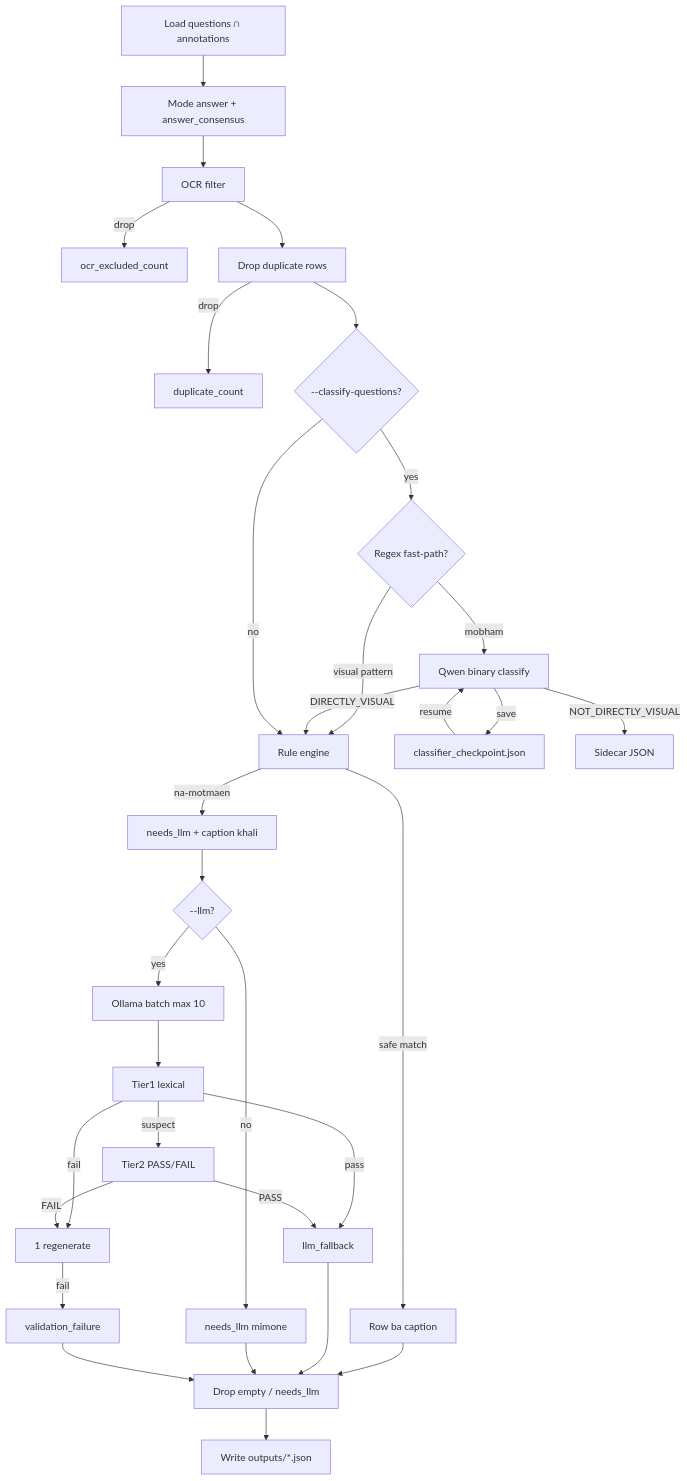
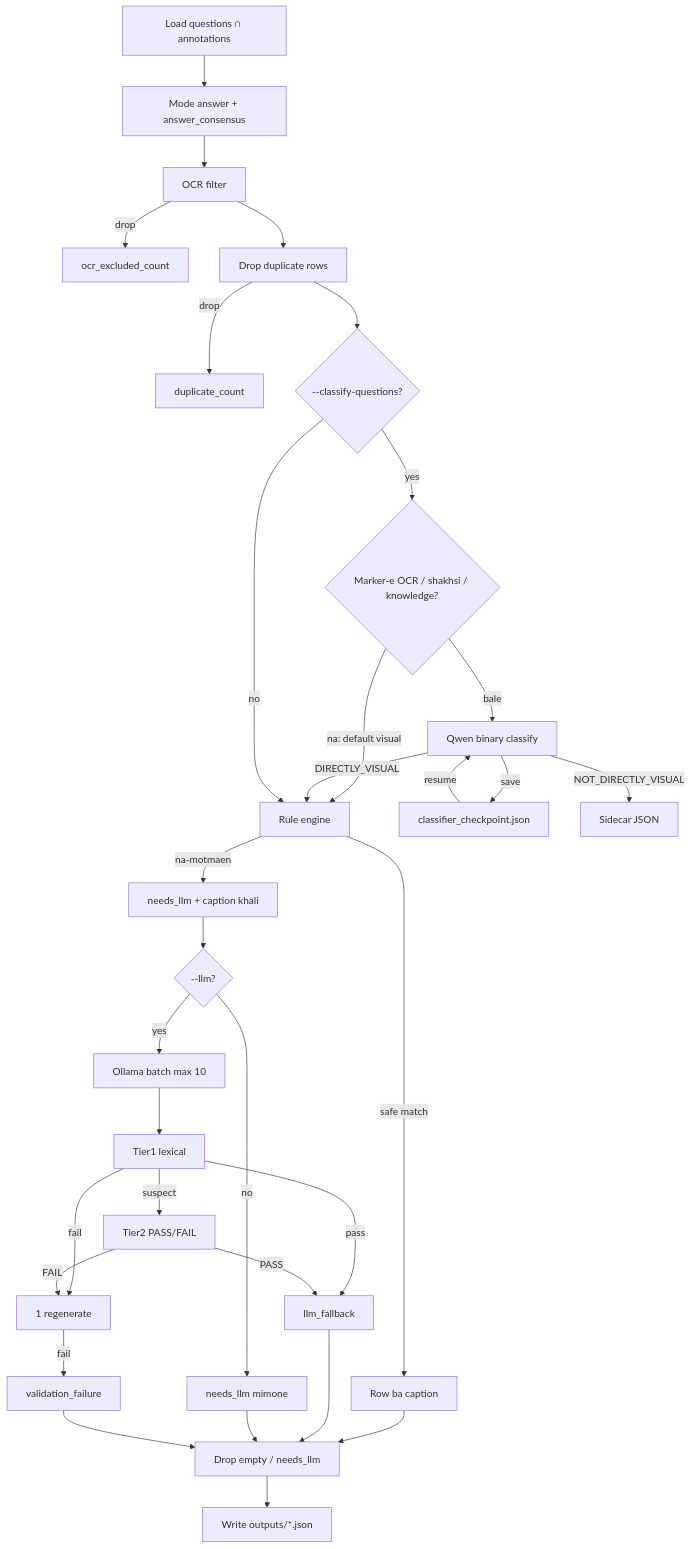
One commit to MahdiRuzmeh/ImageCaptioningImprovedVisualQuestionAnswering changed the third of 6 diagrams in QuestionDependentCaptionGenerator/architecture/architecture.fa-en.md. Above: the diagram before and after it, drawn with Mermaid. The commit also changed other lines of this file and 4 other files, not shown here.

````diff
--- a/QuestionDependentCaptionGenerator/architecture/architecture.fa-en.md
+++ b/QuestionDependentCaptionGenerator/architecture/architecture.fa-en.md
@@ -94,34 +94,34 @@
 ```mermaid
 flowchart TD
   load[Load questions ∩ annotations] --> mode[Mode answer + answer_consensus]
   mode --> ocr[OCR filter]
   ocr -->|drop| ocrDrop[ocr_excluded_count]
   ocr --> dedup[Drop duplicate rows]
   dedup -->|drop| dupDrop[duplicate_count]
   dedup --> subjOpt{--classify-questions?}
-  subjOpt -->|yes| fastPath{Regex fast-path?}
-  fastPath -->|visual pattern| rules
-  fastPath -->|mobham| clf[Qwen binary classify]
+  subjOpt -->|yes| suspect{Marker-e OCR / shakhsi / knowledge?}
+  suspect -->|na: default visual| rules
+  suspect -->|bale| clf[Qwen binary classify]
   clf -->|save| clfCkpt[classifier_checkpoint.json]
   clfCkpt -->|resume| clf
   clf -->|NOT_DIRECTLY_VISUAL| side[Sidecar JSON]
   clf -->|DIRECTLY_VISUAL| rules
   subjOpt -->|no| rules[Rule engine]
   rules -->|safe match| row[Row ba caption]
   rules -->|na-motmaen| needs[needs_llm + caption khali]
   needs --> llmOpt{--llm?}
   llmOpt -->|yes| batch[Ollama batch max 10]
   batch --> tier1[Tier1 lexical]
   tier1 -->|suspect| tier2[Tier2 PASS/FAIL]
   tier1 -->|fail| retry[1 regenerate]
   tier2 -->|FAIL| retry
   tier1 -->|pass| llmRow[llm_fallback]
   tier2 -->|PASS| llmRow
   retry -->|fail| dropVal[validation_failure]
   llmOpt -->|no| keepEmpty[needs_llm mimone]
   row --> drop
   llmRow --> drop
   keepEmpty --> drop[Drop empty / needs_llm]
   dropVal --> drop
   drop --> out[Write outputs/*.json]
 ```
````
